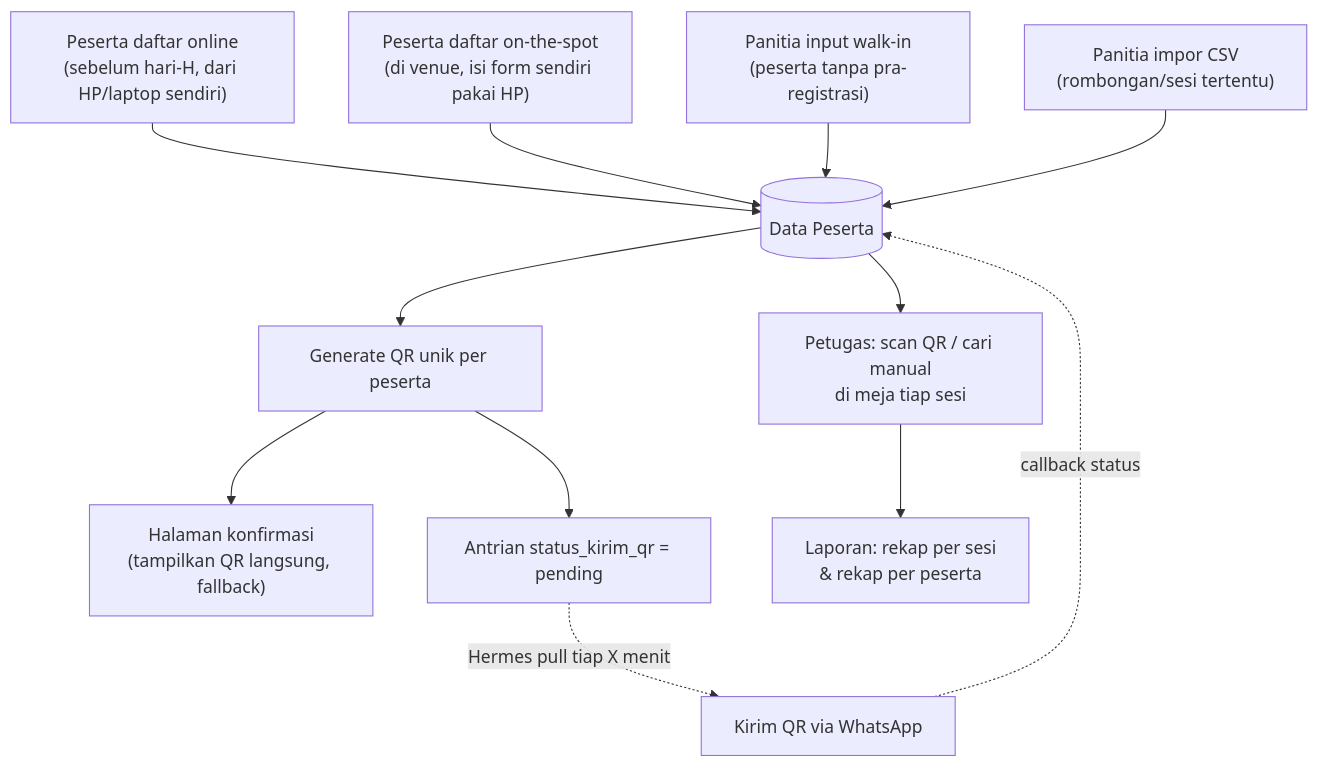
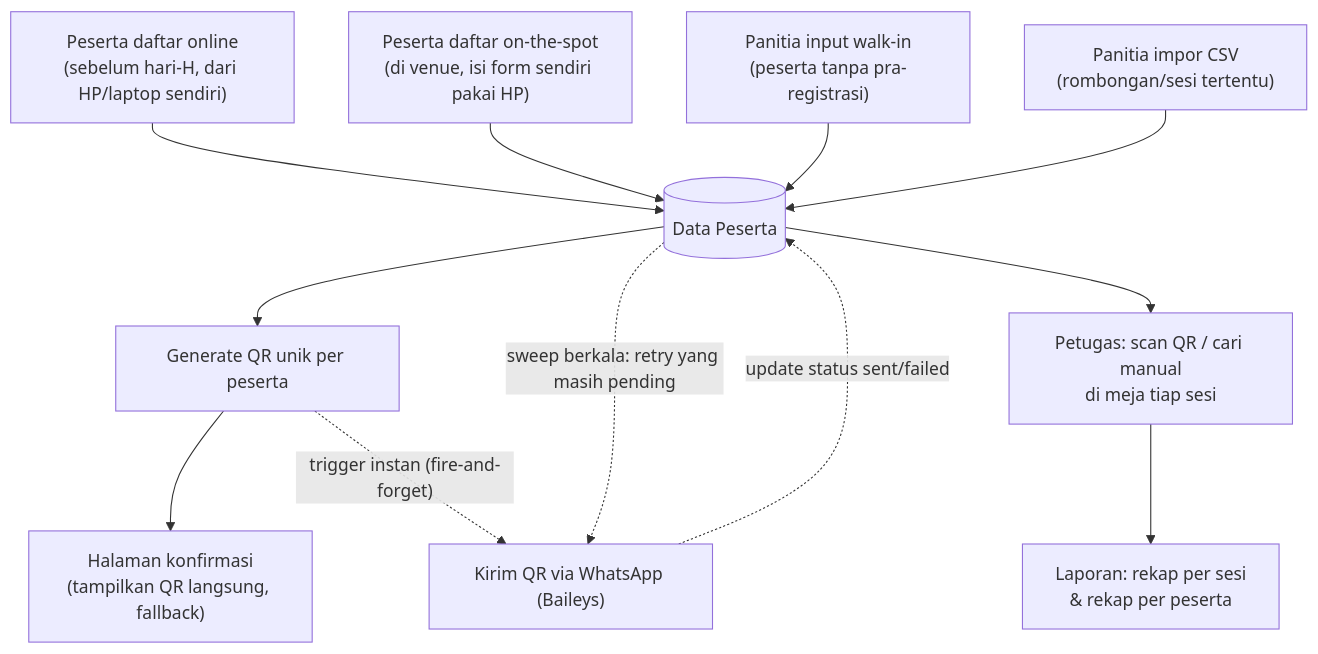
Before and after one commit to domain-coder/regis-jhd: the diagram in WORKFLOW.md, drawn with Mermaid. The commit also changed other lines of this file and 15 other files, not shown here.

````diff
--- a/WORKFLOW.md
+++ b/WORKFLOW.md
@@ -18,16 +17,16 @@
 ```mermaid
 flowchart TD
     A1["Peserta daftar online\n(sebelum hari-H, dari HP/laptop sendiri)"] --> DB[(Data Peserta)]
     A2["Peserta daftar on-the-spot\n(di venue, isi form sendiri pakai HP)"] --> DB
     A3["Panitia input walk-in\n(peserta tanpa pra-registrasi)"] --> DB
     A4["Panitia impor CSV\n(rombongan/sesi tertentu)"] --> DB
 
     DB --> QR["Generate QR unik per peserta"]
     QR --> Konfirmasi["Halaman konfirmasi\n(tampilkan QR langsung, fallback)"]
-    QR --> Antrian["Antrian status_kirim_qr = pending"]
-    Antrian -. "Hermes pull tiap X menit" .-> WA["Kirim QR via WhatsApp"]
-    WA -. "callback status" .-> DB
+    QR -. "trigger instan (fire-and-forget)" .-> WA["Kirim QR via WhatsApp (Baileys)"]
+    WA -. "update status sent/failed" .-> DB
+    DB -. "sweep berkala: retry yang masih pending" .-> WA
 
     DB --> Absensi["Petugas: scan QR / cari manual\ndi meja tiap sesi"]
     Absensi --> Laporan["Laporan: rekap per sesi\n& rekap per peserta"]
 ```
````
